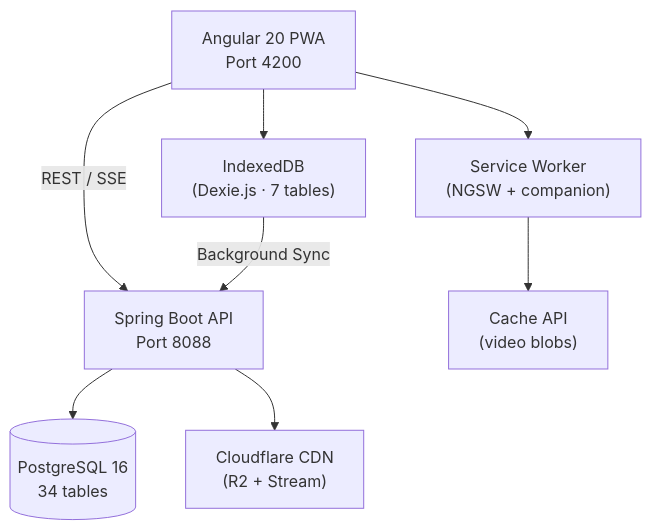
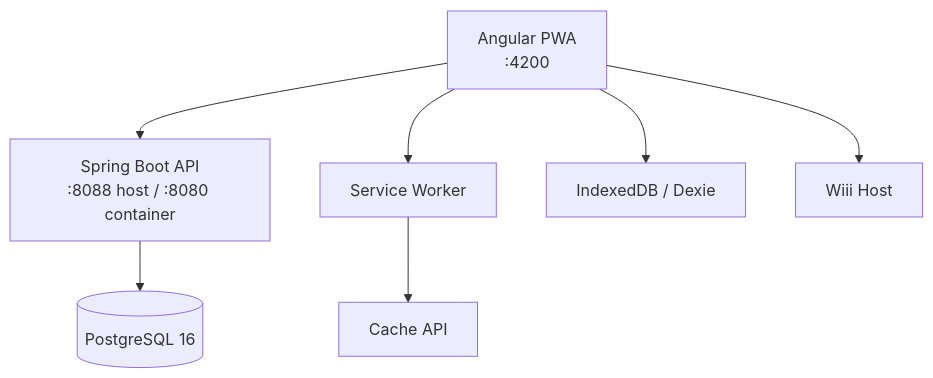
The diagram in README.md (linhlinhlin/LMS_hohulili), drawn with Mermaid before and after one commit. The commit also changed other lines of this file, not shown here.

````diff
--- a/README.md
+++ b/README.md
@@ -176,18 +127,17 @@
 ```mermaid
 graph TD
-    FE["Angular 20 PWA<br/>Port 4200"]
-    API["Spring Boot API<br/>Port 8088"]
-    DB[("PostgreSQL 16<br/>34 tables")]
-    SW["Service Worker<br/>(NGSW + companion)"]
-    IDB["IndexedDB<br/>(Dexie.js · 7 tables)"]
-    CACHE["Cache API<br/>(video blobs)"]
-    CDN["Cloudflare CDN<br/>(R2 + Stream)"]
+    FE["Angular PWA<br/>:4200"]
+    API["Spring Boot API<br/>:8088 host / :8080 container"]
+    DB[("PostgreSQL 16")]
+    SW["Service Worker"]
+    IDB["IndexedDB / Dexie"]
+    CACHE["Cache API"]
+    WIII["Wiii Host"]
 
-    FE -->|REST / SSE| API
+    FE --> API
     API --> DB
-    API --> CDN
     FE --> SW
+    FE --> IDB
     SW --> CACHE
-    FE --> IDB
-    IDB -->|"Background Sync"| API
+    FE --> WIII
 ```
````
